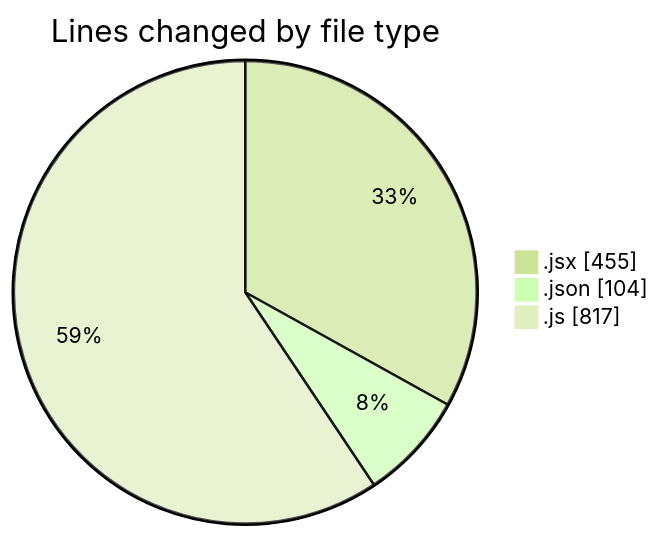
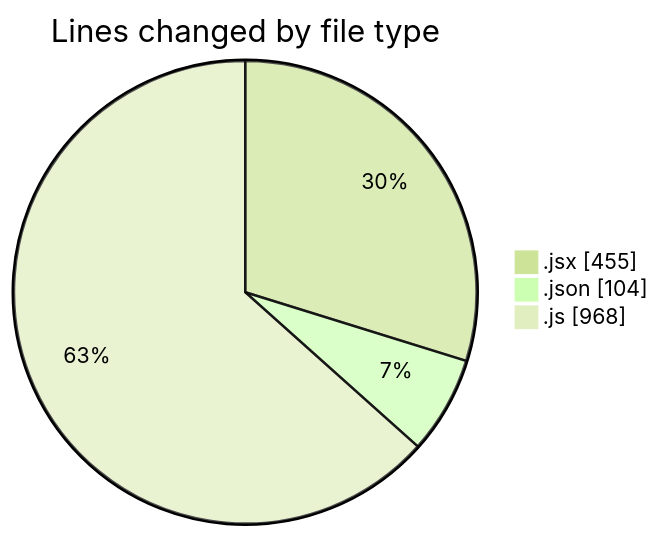
One commit to momahboobian/code-tracking changed the first of 2 diagrams in 2025-05-19/cda/README.md. Above: the diagram before and after it, drawn with Mermaid (forest theme). The commit also changed other lines of this file and 1 other file, not shown here.

````diff
--- a/2025-05-19/cda/README.md
+++ b/2025-05-19/cda/README.md
@@ -25,7 +25,7 @@
 ```mermaid
 pie showData
 title Lines changed by file type
 ".jsx" : 455
 ".json" : 104
-".js" : 817
+".js" : 968
 ```
````
